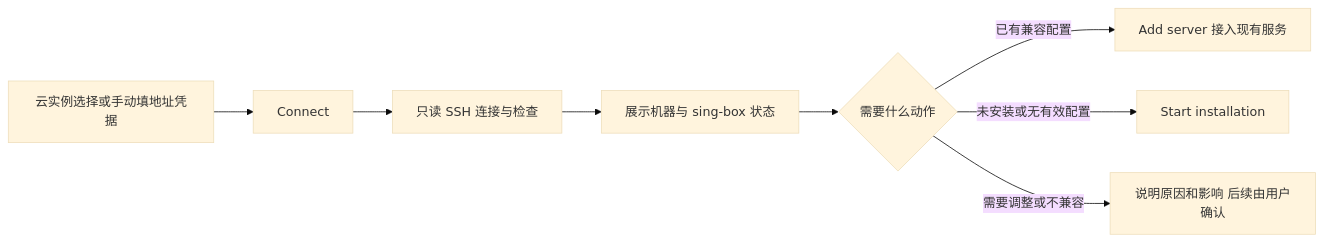
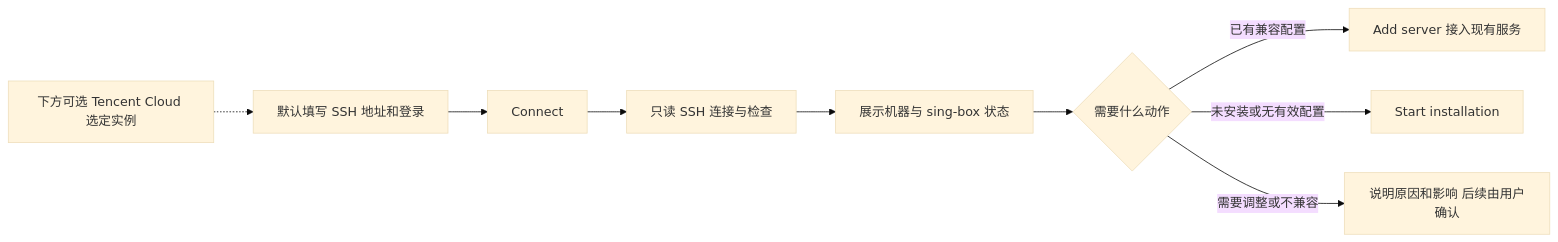
One commit to AdgaiWalker/VPN-OwnLine changed the first of 3 diagrams in docs/设计/客户端Web交互设计规格说明书.md. Above: the diagram before and after it, drawn with Mermaid (base theme). The commit also changed other lines of this file and 9 other files, not shown here.

````diff
--- a/docs/设计/客户端Web交互设计规格说明书.md
+++ b/docs/设计/客户端Web交互设计规格说明书.md
@@ -225,10 +237,11 @@
 ```mermaid
 flowchart LR
-    A[云实例选择或手动填地址凭据] --> B[Connect]
+    A[默认填写 SSH 地址和登录] --> B[Connect]
+    T[下方可选 Tencent Cloud 选定实例] -.-> A
     B --> C[只读 SSH 连接与检查]
     C --> D[展示机器与 sing-box 状态]
     D --> E{需要什么动作}
     E -->|已有兼容配置| F[Add server 接入现有服务]
     E -->|未安装或无有效配置| G[Start installation]
     E -->|需要调整或不兼容| H[说明原因和影响 后续由用户确认]
 ```
````
